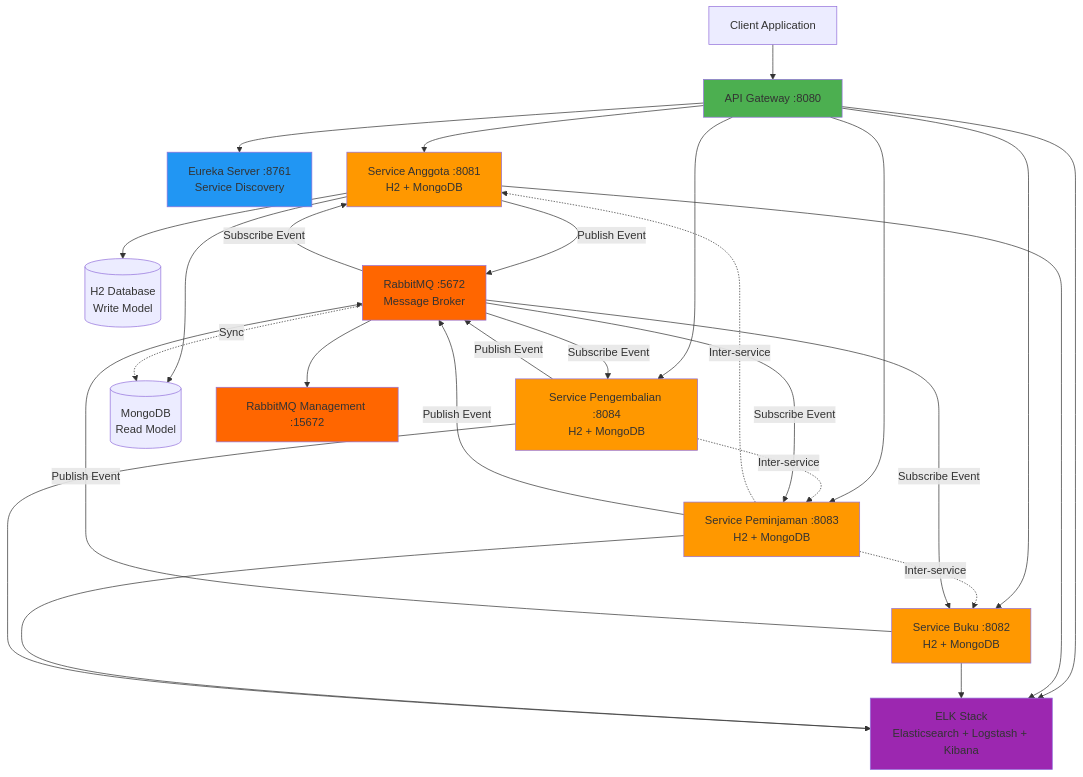
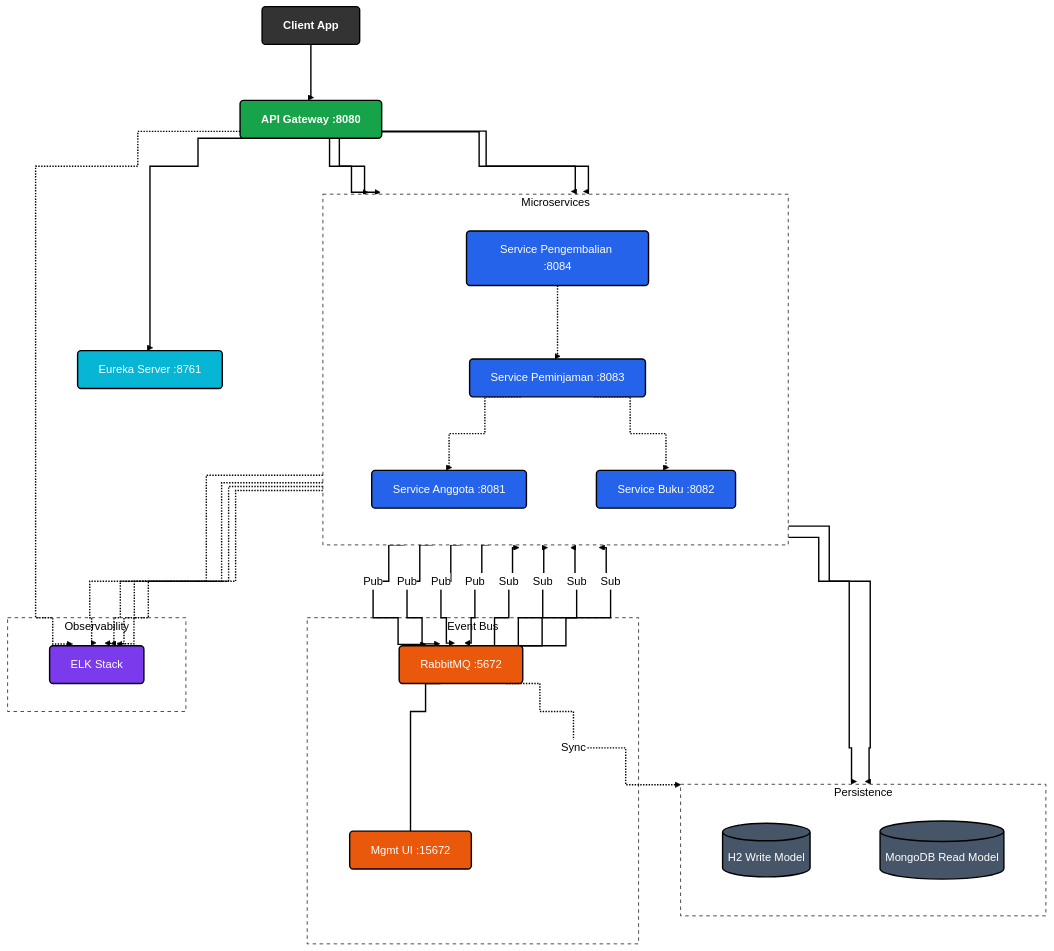
The diagram in README.md (erlaaaand/micro-services-perpustakaan), drawn with Mermaid before and after one commit. The commit also changed other lines of this file, not shown here.

Commit message:
Update README with architecture changes and remove messaging
Removed messaging folder and updated system architecture diagram.

````diff
--- a/README.md
+++ b/README.md
@@ -55,51 +55,118 @@
 ```mermaid
+%%{init: {
+  'theme': 'base',
+  'themeVariables': {
+    'background': '#FFFFFF',
+    'mainBkg': '#FFFFFF',
+    'primaryColor': '#FFFFFF',
+    'primaryTextColor': '#000000',
+    'lineColor': '#000000',
+    'tertiaryColor': '#FFFFFF',
+    'clusterBkg': '#FAFAFA'
+  },
+  'flowchart': {
+    'curve': 'step',
+    'nodeSpacing': 100,
+    'rankSpacing': 80
+  }
+}}%%
+
 graph TB
-    Client[Client Application]
+    %% --- STYLE DEFINITIONS ---
+    %% Warna Solid & Kontras Tinggi
+    classDef client fill:#333,stroke:#000,stroke-width:2px,color:#fff,font-weight:bold,rx:5;
+    classDef gateway fill:#16a34a,stroke:#000,stroke-width:2px,color:#fff,font-weight:bold,rx:5;
+    classDef service fill:#2563eb,stroke:#000,stroke-width:2px,color:#fff,rx:5;
+    classDef db fill:#475569,stroke:#000,stroke-width:2px,color:#fff,rx:5;
+    classDef msg fill:#ea580c,stroke:#000,stroke-width:2px,color:#fff,rx:5;
+    classDef monitor fill:#7c3aed,stroke:#000,stroke-width:2px,color:#fff,rx:5;
+    classDef infra fill:#06b6d4,stroke:#000,stroke-width:2px,color:#fff,rx:5;
+
+    %% --- NODES ---
     
-    Client --> Gateway[API Gateway :8080]
+    Client[Client App]:::client
+    Gateway[API Gateway :8080]:::gateway
+    Eureka[Eureka Server :8761]:::infra
+
+    %% GROUP: MICROSERVICES
+    subgraph Services [Microservices]
+        direction TB
+        SA[Service Anggota :8081]:::service
+        SB[Service Buku :8082]:::service
+        SP[Service Peminjaman :8083]:::service
+        SR[Service Pengembalian :8084]:::service
+    end
+
+    %% GROUP: DATABASE
+    subgraph Data [Persistence]
+        direction TB
+        WriteDB[(H2 Write Model)]:::db
+        ReadDB[(MongoDB Read Model)]:::db
+    end
+
+    %% GROUP: MESSAGING
+    subgraph Bus [Event Bus]
+        RMQ[RabbitMQ :5672]:::msg
+        RMQMgmt[Mgmt UI :15672]:::msg
+    end
+
+    %% GROUP: OBSERVABILITY
+    subgraph Obs [Observability]
+        ELK[ELK Stack]:::monitor
+    end
+
+    %% --- RELATIONS ---
     
-    Gateway --> Eureka[Eureka Server :8761<br/>Service Discovery]
+    %% Main Flow
+    Client --> Gateway
+    Gateway --> Eureka
     
-    Gateway --> SA[Service Anggota :8081<br/>H2 + MongoDB]
-    Gateway --> SB[Service Buku :8082<br/>H2 + MongoDB]
-    Gateway --> SP[Service Peminjaman :8083<br/>H2 + MongoDB]
-    Gateway --> SR[Service Pengembalian :8084<br/>H2 + MongoDB]
+    %% Gateway to Services (Dipisah agar tidak numpuk)
+    Gateway --> SA
+    Gateway --> SB
+    Gateway --> SP
+    Gateway --> SR
+
+    %% Inter-service (Garis Putus-putus)
+    SP -.-> SA
+    SP -.-> SB
+    SR -.-> SP
+
+    %% Database Flow
+    SA --> WriteDB
+    SA --> ReadDB
+
+    %% Messaging (Publish)
+    %% Menggunakan linkStyle nanti untuk memastikan garis hitam
+    SA -->|Pub| RMQ
+    SB -->|Pub| RMQ
+    SP -->|Pub| RMQ
+    SR -->|Pub| RMQ
+
+    %% Messaging (Subscribe)
+    RMQ -->|Sub| SA
+    RMQ -->|Sub| SB
+    RMQ -->|Sub| SP
+    RMQ -->|Sub| SR
     
-    SP -.Inter-service.-> SA
-    SP -.Inter-service.-> SB
-    SR -.Inter-service.-> SP
+    %% Sync & Mgmt
+    RMQ -.Sync.-> ReadDB
+    RMQ --- RMQMgmt
+
+    %% Logging (Dashed - Tipis)
+    Gateway -.-> ELK
+    SA -.-> ELK
+    SB -.-> ELK
+    SP -.-> ELK
+    SR -.-> ELK
+
+    %% --- FINAL STYLING ---
+    %% Memastikan Subgraph punya border jelas tapi background putih/terang
+    style Services fill:#FFFFFF,stroke:#000,stroke-width:1px,stroke-dasharray: 5 5
+    style Data fill:#FFFFFF,stroke:#000,stroke-width:1px,stroke-dasharray: 5 5
+    style Bus fill:#FFFFFF,stroke:#000,stroke-width:1px,stroke-dasharray: 5 5
+    style Obs fill:#FFFFFF,stroke:#000,stroke-width:1px,stroke-dasharray: 5 5
     
-    SA --> WriteDB[(H2 Database<br/>Write Model)]
-    SA --> ReadDB[(MongoDB<br/>Read Model)]
-    
-    SA -->|Publish Event| RMQ[RabbitMQ :5672<br/>Message Broker]
-    SB -->|Publish Event| RMQ
-    SP -->|Publish Event| RMQ
-    SR -->|Publish Event| RMQ
-    
-    RMQ -->|Subscribe Event| SA
-    RMQ -->|Subscribe Event| SB
-    RMQ -->|Subscribe Event| SP
-    RMQ -->|Subscribe Event| SR
-    
-    RMQ -.Sync.-> ReadDB
-    
-    Gateway --> ELK[ELK Stack<br/>Elasticsearch + Logstash + Kibana]
-    SA --> ELK
-    SB --> ELK
-    SP --> ELK
-    SR --> ELK
-    
-    RMQMgmt[RabbitMQ Management :15672]
-    RMQ --> RMQMgmt
-    
-    style Gateway fill:#4CAF50
-    style Eureka fill:#2196F3
-    style SA fill:#FF9800
-    style SB fill:#FF9800
-    style SP fill:#FF9800
-    style SR fill:#FF9800
-    style RMQ fill:#FF6600
-    style RMQMgmt fill:#FF6600
-    style ELK fill:#9C27B0
+    %% Memaksa semua garis menjadi Hitam Pekat (#000000)
+    linkStyle default stroke:#000000,stroke-width:2px;
 ```
````
